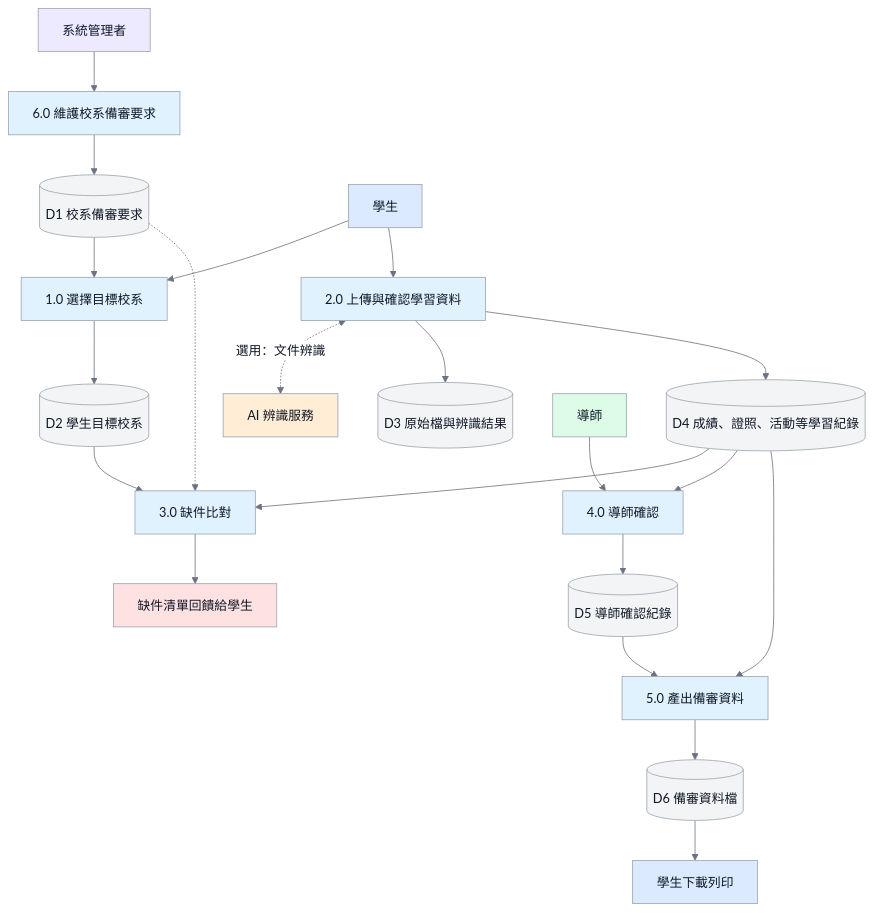
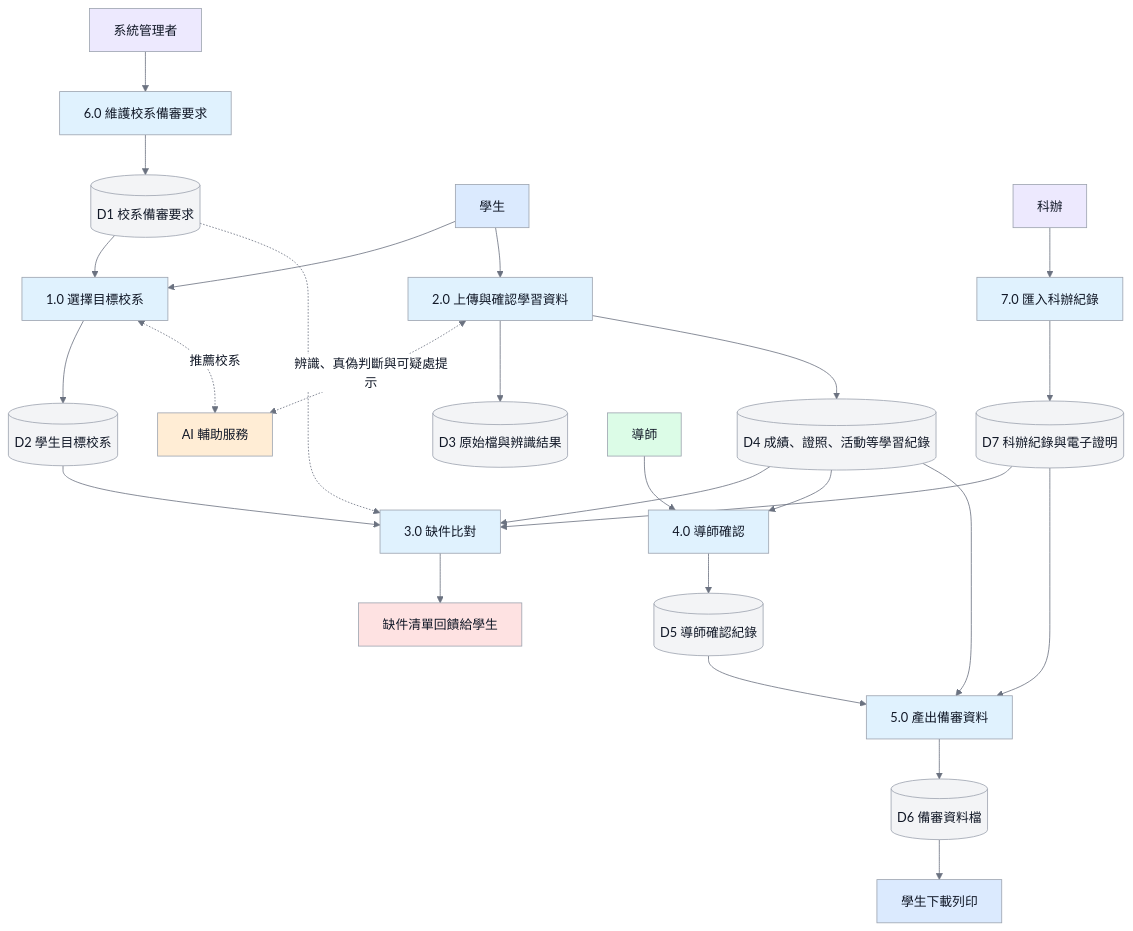
Before and after one commit to vujhdcusa/1028: the diagram in docs/images/D-06-dfd.mmd, drawn with Mermaid. The commit also changed 41 other files, not shown here.

First line of the commit message:
docs: update diagrams and spec for department office records and AI feedback

```diff
--- a/docs/images/D-06-dfd.mmd
+++ b/docs/images/D-06-dfd.mmd
@@ -1,31 +1,36 @@
 %%{init: {'theme':'base','themeVariables': {'fontFamily':'Microsoft JhengHei, Noto Sans TC, Arial, sans-serif','primaryColor':'#F3F4F6','primaryTextColor':'#111827','primaryBorderColor':'#9CA3AF','lineColor':'#6B7280','edgeLabelBackground':'#FFFFFF'},'flowchart':{'wrappingWidth':400}}}%%
 flowchart TD
     classDef student fill:#DBEAFE,stroke:#9CA3AF,color:#111827,stroke-width:1px;
     classDef teacher fill:#DCFCE7,stroke:#9CA3AF,color:#111827,stroke-width:1px;
     classDef admin fill:#EDE9FE,stroke:#9CA3AF,color:#111827,stroke-width:1px;
     classDef system fill:#E0F2FE,stroke:#9CA3AF,color:#111827,stroke-width:1px;
     classDef store fill:#F3F4F6,stroke:#9CA3AF,color:#111827,stroke-width:1px;
     classDef ai fill:#FFEDD5,stroke:#9CA3AF,color:#111827,stroke-width:1px;
     classDef alert fill:#FEE2E2,stroke:#9CA3AF,color:#111827,stroke-width:1px;
     classDef pending fill:#FFFFFF,stroke:#9CA3AF,color:#6B7280,stroke-width:1px,stroke-dasharray:5 3;
 
     Admin[系統管理者]:::admin --> P6[6.0 維護校系備審要求]:::system
     P6 --> D1[(D1 校系備審要求)]:::store
     D1 --> P1[1.0 選擇目標校系]:::system
     Student[學生]:::student --> P1
     P1 --> D2[(D2 學生目標校系)]:::store
     Student --> P2[2.0 上傳與確認學習資料]:::system
-    P2 <-. 選用：文件辨識 .-> AI[AI 辨識服務]:::ai
+    P2 <-. 辨識、真偽判斷與可疑處提示 .-> AI[AI 輔助服務]:::ai
+    P1 <-. 推薦校系 .-> AI
     P2 --> D3[(D3 原始檔與辨識結果)]:::store
     P2 --> D4[(D4 成績、證照、活動等學習紀錄)]:::store
     D2 --> P3[3.0 缺件比對]:::system
     D4 --> P3
     D1 -.-> P3
     P3 --> Gap[缺件清單回饋給學生]:::alert
     D4 --> P4[4.0 導師確認]:::system
     Teacher[導師]:::teacher --> P4
     P4 --> D5[(D5 導師確認紀錄)]:::store
     D5 --> P5[5.0 產出備審資料]:::system
     D4 --> P5
     P5 --> D6[(D6 備審資料檔)]:::store
     D6 --> Download[學生下載列印]:::student
+    Staff[科辦]:::admin --> P7[7.0 匯入科辦紀錄]:::system
+    P7 --> D7[(D7 科辦紀錄與電子證明)]:::store
+    D7 --> P3
+    D7 --> P5
```
